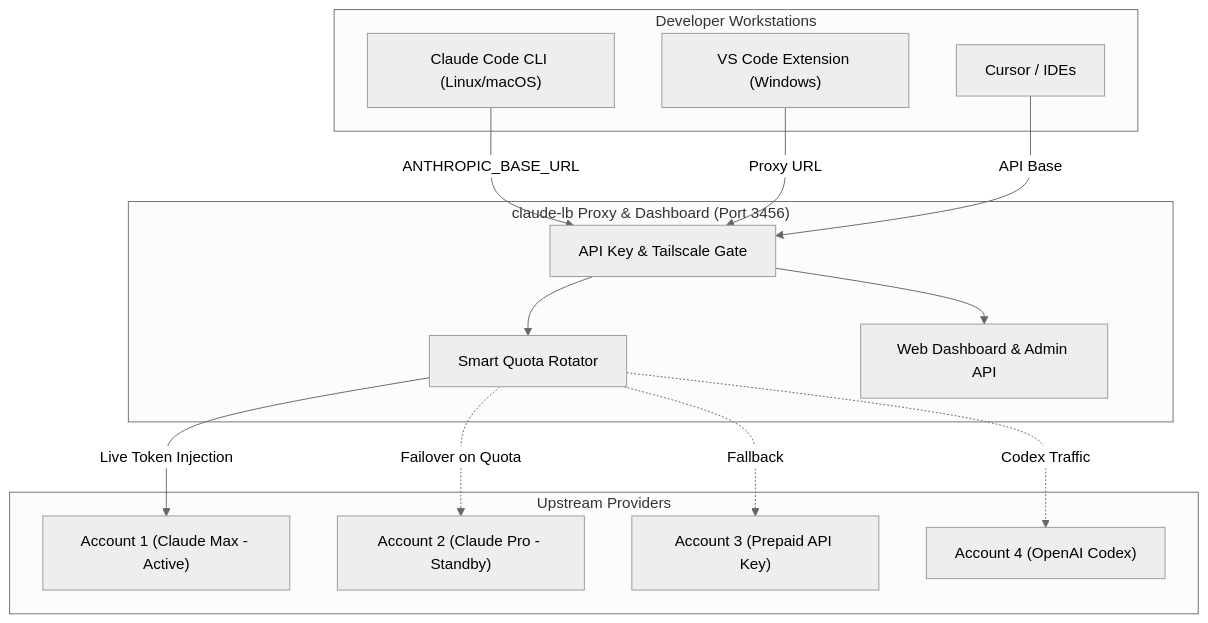
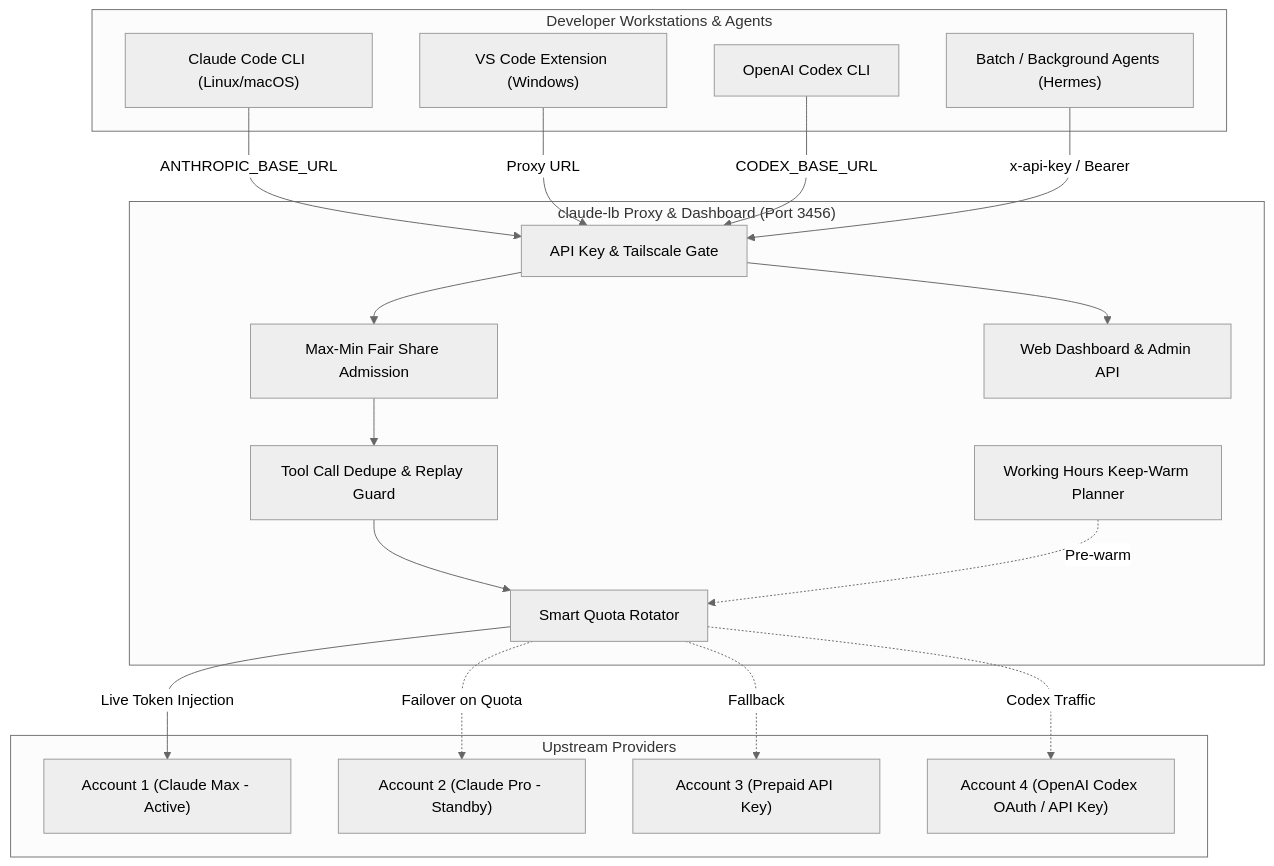
The diagram in README.md (tomaasz/agent-lb), drawn with Mermaid (neutral theme) before and after one commit. The commit also changed other lines of this file and 14 other files, not shown here.

Commit message:
feat: dual-provider support (OpenAI Codex), fair-share admission, tool dedupe and warmup schedule

````diff
--- a/README.md
+++ b/README.md
@@ -29,31 +33,39 @@
 ```mermaid
 flowchart TD
-    subgraph Clients["Developer Workstations"]
+    subgraph Clients["Developer Workstations & Agents"]
         C1["Claude Code CLI (Linux/macOS)"]
         C2["VS Code Extension (Windows)"]
-        C3["Cursor / IDEs"]
+        C3["OpenAI Codex CLI"]
+        C4["Batch / Background Agents (Hermes)"]
     end
 
     subgraph Proxy["claude-lb Proxy & Dashboard (Port 3456)"]
         Gate["API Key & Tailscale Gate"]
+        FairShare["Max-Min Fair Share Admission"]
+        Dedupe["Tool Call Dedupe & Replay Guard"]
         Router["Smart Quota Rotator"]
+        Warmer["Working Hours Keep-Warm Planner"]
         Dash["Web Dashboard & Admin API"]
-        Gate --> Router
+        Gate --> FairShare
+        FairShare --> Dedupe
+        Dedupe --> Router
+        Warmer -.->|Pre-warm| Router
         Gate --> Dash
     end
 
     subgraph Upstream["Upstream Providers"]
         A1["Account 1 (Claude Max - Active)"]
         A2["Account 2 (Claude Pro - Standby)"]
         A3["Account 3 (Prepaid API Key)"]
-        A4["Account 4 (OpenAI Codex)"]
+        A4["Account 4 (OpenAI Codex OAuth / API Key)"]
     end
 
     C1 -->|ANTHROPIC_BASE_URL| Gate
     C2 -->|Proxy URL| Gate
-    C3 -->|API Base| Gate
+    C3 -->|CODEX_BASE_URL| Gate
+    C4 -->|x-api-key / Bearer| Gate
     Router -->|Live Token Injection| A1
     Router -.->|Failover on Quota| A2
     Router -.->|Fallback| A3
     Router -.->|Codex Traffic| A4
 ```
````
